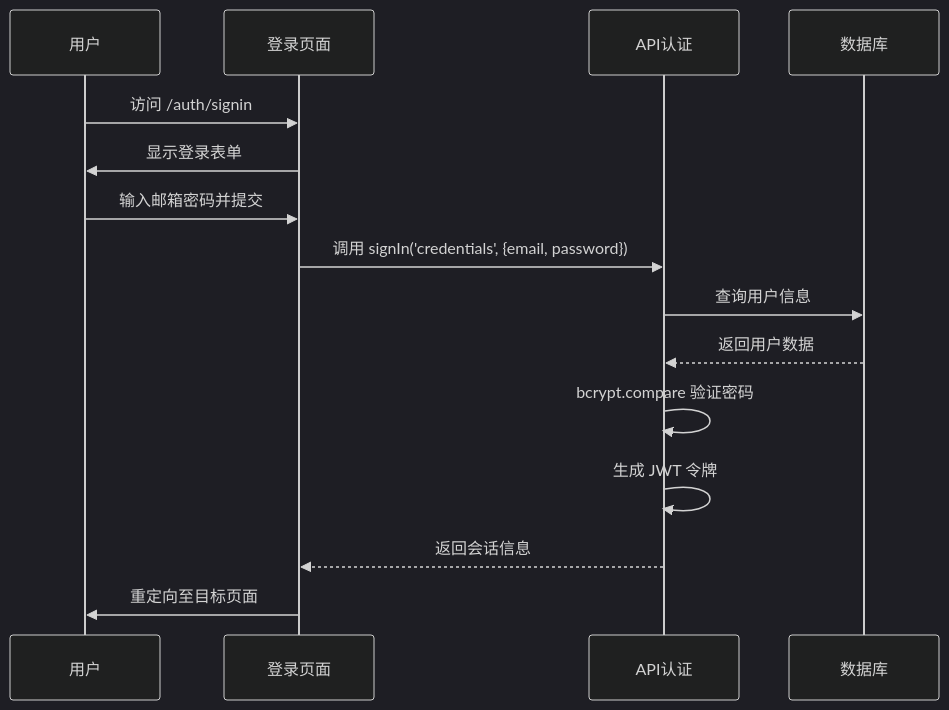
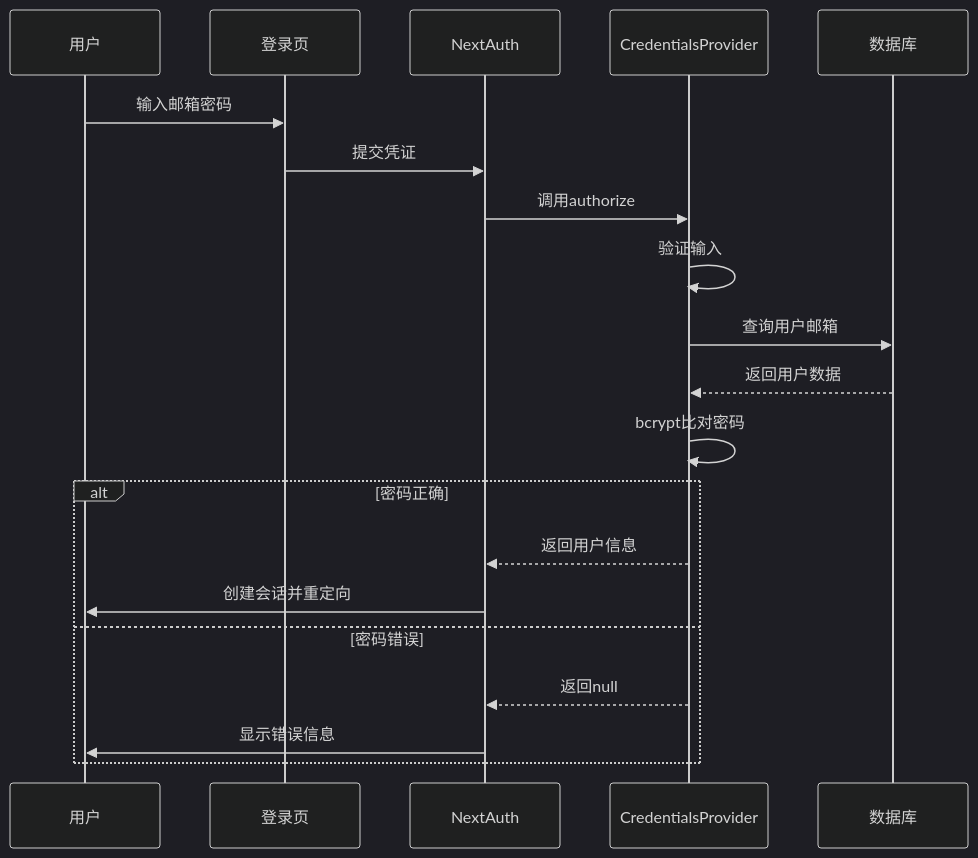
Before and after one commit to Eyre921/yunqi: the second of 5 diagrams in .qoder/repowiki/zh/content/后端架构/认证系统/认证系统.md, drawn with Mermaid (dark theme). The commit also changed other lines of this file and 24 other files, not shown here.

````diff
--- a/.qoder/repowiki/zh/content/后端架构/认证系统/认证系统.md
+++ b/.qoder/repowiki/zh/content/后端架构/认证系统/认证系统.md
@@ -69,17 +72,22 @@
 ```mermaid
 sequenceDiagram
 participant 用户
-participant 登录页面
-participant API认证
+participant 登录页
+participant NextAuth
+participant CredentialsProvider
 participant 数据库
-用户->>登录页面 : 访问 /auth/signin
-登录页面->>用户 : 显示登录表单
-用户->>登录页面 : 输入邮箱密码并提交
-登录页面->>API认证 : 调用 signIn('credentials', {email, password})
-API认证->>数据库 : 查询用户信息
-数据库-->>API认证 : 返回用户数据
-API认证->>API认证 : bcrypt.compare 验证密码
-API认证->>API认证 : 生成 JWT 令牌
-API认证-->>登录页面 : 返回会话信息
-登录页面->>用户 : 重定向至目标页面
+用户->>登录页 : 输入邮箱密码
+登录页->>NextAuth : 提交凭证
+NextAuth->>CredentialsProvider : 调用authorize
+CredentialsProvider->>CredentialsProvider : 验证输入
+CredentialsProvider->>数据库 : 查询用户邮箱
+数据库-->>CredentialsProvider : 返回用户数据
+CredentialsProvider->>CredentialsProvider : bcrypt比对密码
+alt 密码正确
+CredentialsProvider-->>NextAuth : 返回用户信息
+NextAuth->>用户 : 创建会话并重定向
+else 密码错误
+CredentialsProvider-->>NextAuth : 返回null
+NextAuth->>用户 : 显示错误信息
+end
 ```
````
